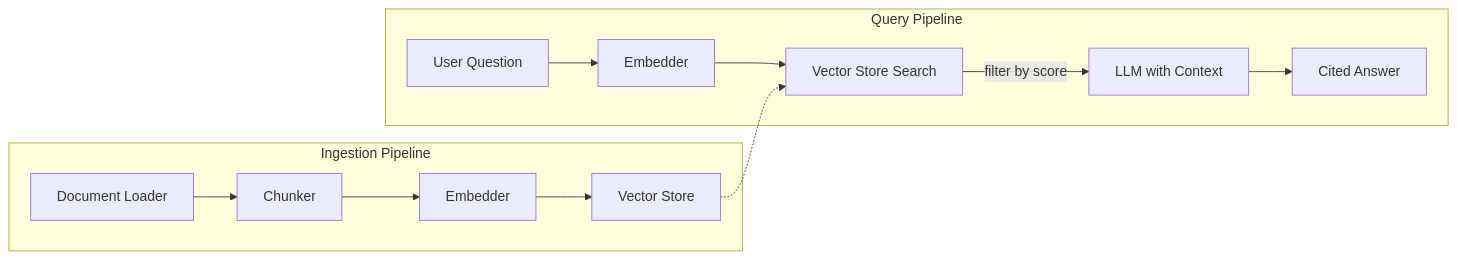
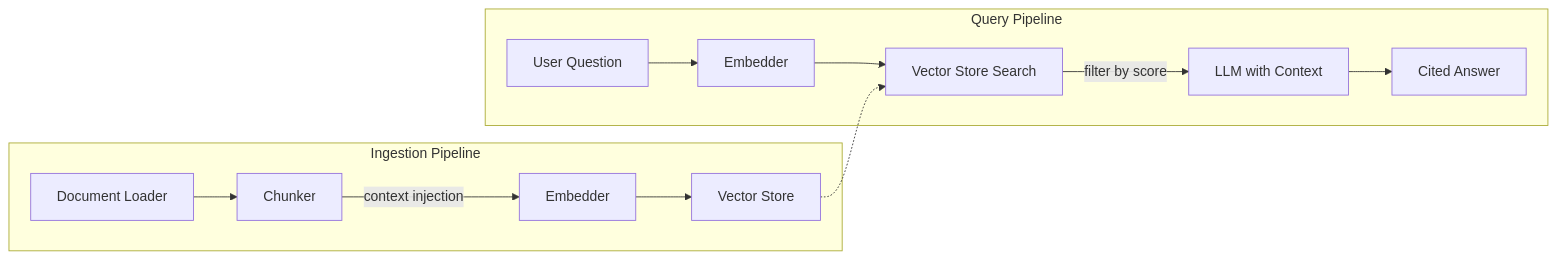
Before and after one commit to paulsvh/RAGPipelineInCSharp: the diagram in README.md, drawn with Mermaid. The commit also changed other lines of this file, not shown here.

````diff
--- a/README.md
+++ b/README.md
@@ -13,17 +13,17 @@
 ```mermaid
 graph LR
     subgraph Ingestion Pipeline
         A[Document Loader] --> B[Chunker]
-        B --> C[Embedder]
+        B -->|context injection| C[Embedder]
         C --> D[Vector Store]
     end
 
     subgraph Query Pipeline
         E[User Question] --> F[Embedder]
         F --> G[Vector Store Search]
         G -->|filter by score| H[LLM with Context]
         H --> I[Cited Answer]
     end
 
     D -.-> G
 ```
````
